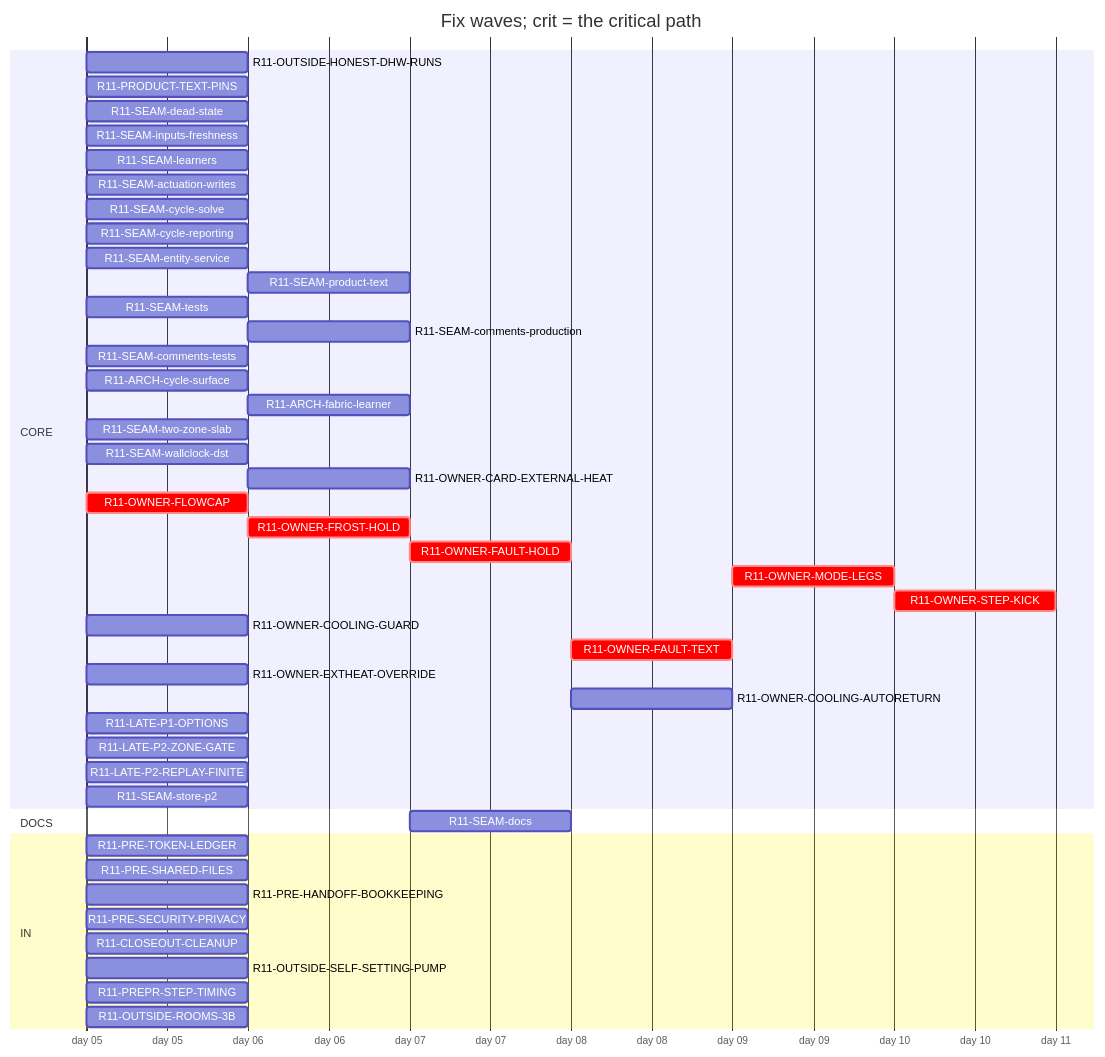
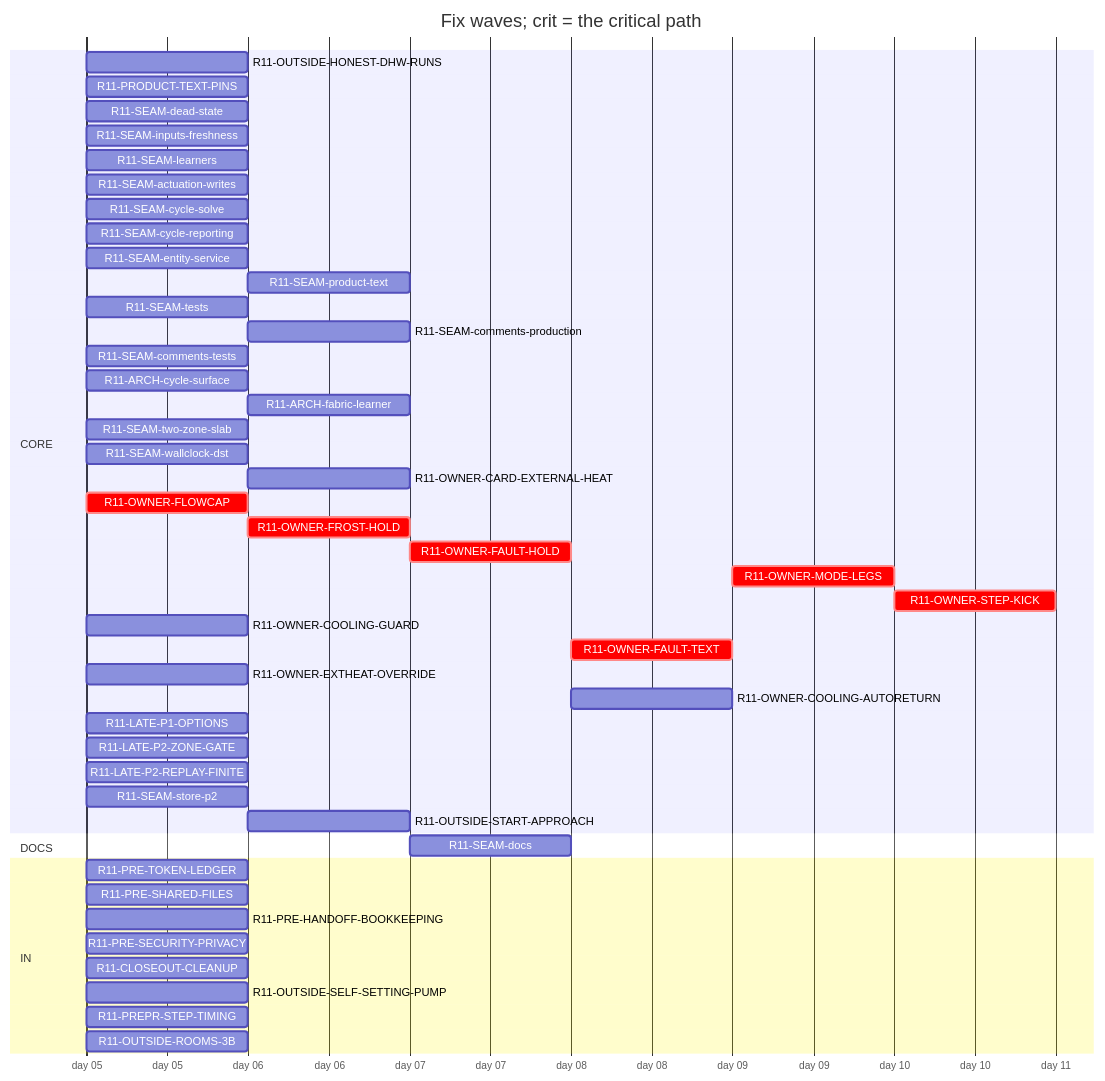
The diagram in handoff/round11/state/PLAN-TABLE.md (tvofi/heatpump_optimizer), drawn with Mermaid before and after one commit. The commit also changed other lines of this file and 3 other files, not shown here.

Commit message:
state: FLOW-BOARD.md, NEXT-SESSION-PROMPT.md, PLAN-TABLE.md, PLAN.html, RESUME-CURRENT.md regenerated (state_docs.py)

````diff
--- a/handoff/round11/state/PLAN-TABLE.md
+++ b/handoff/round11/state/PLAN-TABLE.md
@@ -16,49 +16,50 @@
 ```mermaid
 gantt
   title Fix waves; crit = the critical path
   dateFormat YYYY-MM-DD
   axisFormat day %d
   section CORE
     R11-OUTSIDE-HONEST-DHW-RUNS :r11OUTSIDEHONESTDHWRUNS, 2026-01-05, 1d
     R11-PRODUCT-TEXT-PINS :r11PRODUCTTEXTPINS, 2026-01-05, 1d
     R11-SEAM-dead-state :r11SEAMdeadstate, 2026-01-05, 1d
     R11-SEAM-inputs-freshness :r11SEAMinputsfreshness, 2026-01-05, 1d
     R11-SEAM-learners :r11SEAMlearners, 2026-01-05, 1d
     R11-SEAM-actuation-writes :r11SEAMactuationwrites, 2026-01-05, 1d
     R11-SEAM-cycle-solve :r11SEAMcyclesolve, 2026-01-05, 1d
     R11-SEAM-cycle-reporting :r11SEAMcyclereporting, 2026-01-05, 1d
     R11-SEAM-entity-service :r11SEAMentityservice, 2026-01-05, 1d
     R11-SEAM-product-text :r11SEAMproducttext, after r11SEAMactuationwrites r11SEAMentityservice r11SEAMinputsfreshness r11SEAMcyclesolve r11SEAMcyclereporting, 1d
     R11-SEAM-tests :r11SEAMtests, 2026-01-05, 1d
     R11-SEAM-comments-production :r11SEAMcommentsproduction, after r11SEAMactuationwrites r11SEAMentityservice r11SEAMinputsfreshness r11SEAMcyclesolve r11SEAMcyclereporting, 1d
     R11-SEAM-comments-tests :r11SEAMcommentstests, 2026-01-05, 1d
     R11-ARCH-cycle-surface :r11ARCHcyclesurface, 2026-01-05, 1d
     R11-ARCH-fabric-learner :r11ARCHfabriclearner, after r11SEAMlearners, 1d
     R11-SEAM-two-zone-slab :r11SEAMtwozoneslab, 2026-01-05, 1d
     R11-SEAM-wallclock-dst :r11SEAMwallclockdst, 2026-01-05, 1d
     R11-OWNER-CARD-EXTERNAL-HEAT :r11OWNERCARDEXTERNALHEAT, after r11OWNEREXTHEATOVERRIDE, 1d
     R11-OWNER-FLOWCAP :crit, r11OWNERFLOWCAP, 2026-01-05, 1d
     R11-OWNER-FROST-HOLD :crit, r11OWNERFROSTHOLD, after r11OWNERFLOWCAP, 1d
     R11-OWNER-FAULT-HOLD :crit, r11OWNERFAULTHOLD, after r11OWNERFROSTHOLD, 1d
     R11-OWNER-MODE-LEGS :crit, r11OWNERMODELEGS, after r11OWNERFAULTTEXT, 1d
     R11-OWNER-STEP-KICK :crit, r11OWNERSTEPKICK, after r11OWNERMODELEGS, 1d
     R11-OWNER-COOLING-GUARD :r11OWNERCOOLINGGUARD, 2026-01-05, 1d
     R11-OWNER-FAULT-TEXT :crit, r11OWNERFAULTTEXT, after r11OWNERFAULTHOLD, 1d
     R11-OWNER-EXTHEAT-OVERRIDE :r11OWNEREXTHEATOVERRIDE, 2026-01-05, 1d
     R11-OWNER-COOLING-AUTORETURN :r11OWNERCOOLINGAUTORETURN, after r11OWNERCOOLINGGUARD r11OWNERFAULTHOLD, 1d
     R11-LATE-P1-OPTIONS :r11LATEP1OPTIONS, 2026-01-05, 1d
     R11-LATE-P2-ZONE-GATE :r11LATEP2ZONEGATE, 2026-01-05, 1d
     R11-LATE-P2-REPLAY-FINITE :r11LATEP2REPLAYFINITE, 2026-01-05, 1d
     R11-SEAM-store-p2 :r11SEAMstorep2, 2026-01-05, 1d
+    R11-OUTSIDE-START-APPROACH :r11OUTSIDESTARTAPPROACH, after r11OUTSIDEHONESTDHWRUNS r11SEAMlearners, 1d
   section DOCS
     R11-SEAM-docs :r11SEAMdocs, after r11SEAMlearners r11SEAMactuationwrites r11SEAMentityservice r11SEAMinputsfreshness r11SEAMcyclesolve r11SEAMcyclereporting r11SEAMproducttext, 1d
   section IN
     R11-PRE-TOKEN-LEDGER :r11PRETOKENLEDGER, 2026-01-05, 1d
     R11-PRE-SHARED-FILES :r11PRESHAREDFILES, 2026-01-05, 1d
     R11-PRE-HANDOFF-BOOKKEEPING :r11PREHANDOFFBOOKKEEPING, 2026-01-05, 1d
     R11-PRE-SECURITY-PRIVACY :r11PRESECURITYPRIVACY, 2026-01-05, 1d
     R11-CLOSEOUT-CLEANUP :r11CLOSEOUTCLEANUP, 2026-01-05, 1d
     R11-OUTSIDE-SELF-SETTING-PUMP :r11OUTSIDESELFSETTINGPUMP, 2026-01-05, 1d
     R11-PREPR-STEP-TIMING :r11PREPRSTEPTIMING, 2026-01-05, 1d
     R11-OUTSIDE-ROOMS-3B :r11OUTSIDEROOMS3B, 2026-01-05, 1d
 ```
````
